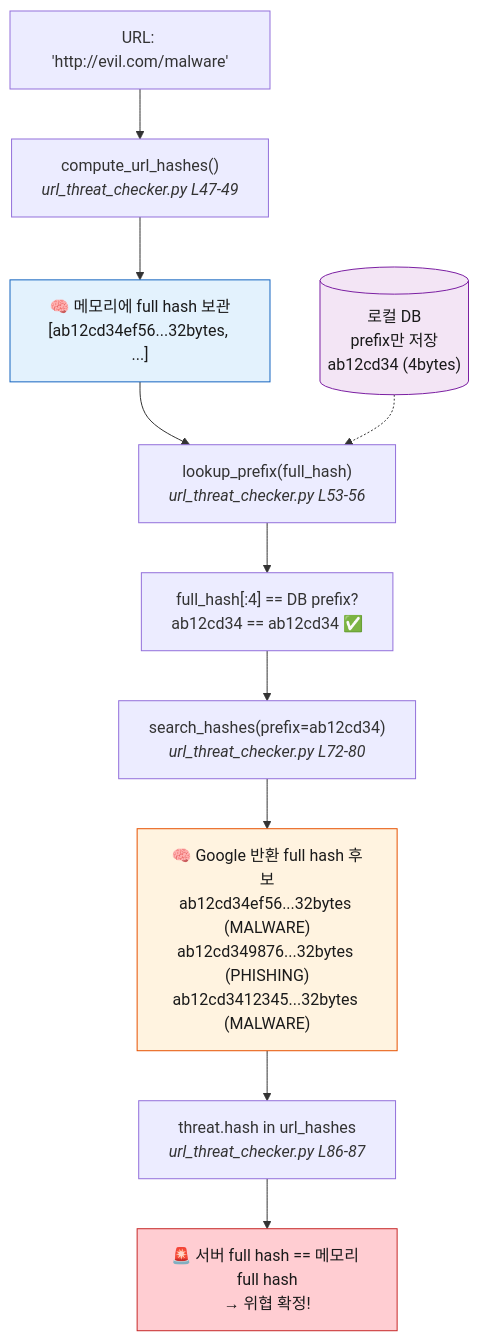
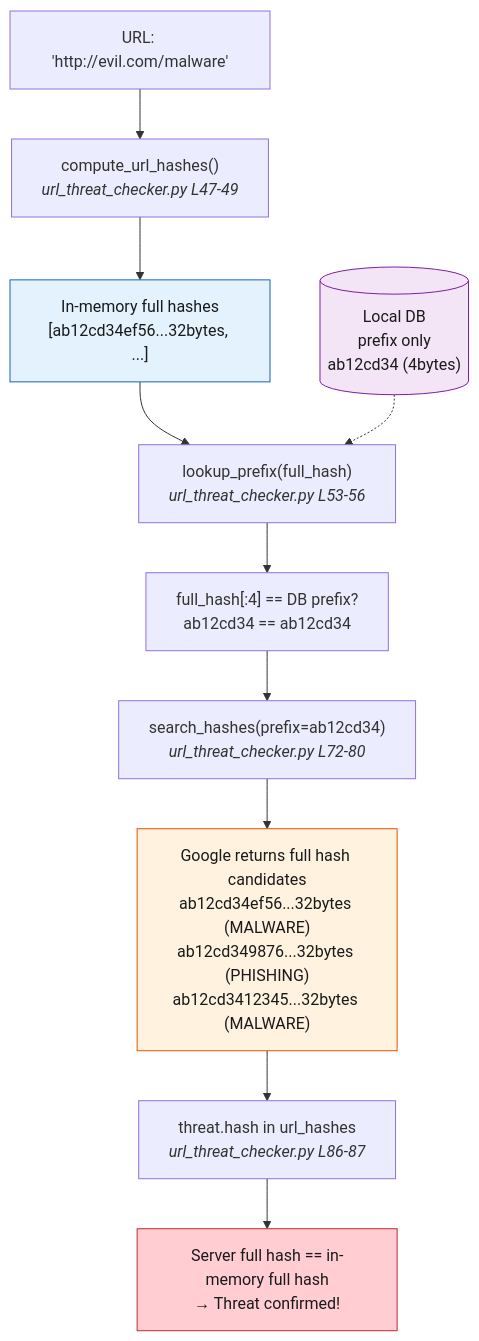
One commit to kataroya/web-risk-cli changed the fourth of 9 diagrams in WORKFLOW_GUIDE.md. Above: the diagram before and after it, drawn with Mermaid. The commit also changed other lines of this file and 6 other files, not shown here.

````diff
--- a/WORKFLOW_GUIDE.md
+++ b/WORKFLOW_GUIDE.md
@@ -394,19 +364,19 @@
 ```mermaid
 flowchart TD
     URL["URL: 'http://evil.com/malware'"] --> CALC["compute_url_hashes()<br/><i>url_threat_checker.py L47-49</i>"]
-    CALC --> MEM_FULL["🧠 메모리에 full hash 보관<br/>[ab12cd34ef56...32bytes, ...]"]
+    CALC --> MEM_FULL["In-memory full hashes<br/>[ab12cd34ef56...32bytes, ...]"]
     MEM_FULL --> LOCAL["lookup_prefix(full_hash)<br/><i>url_threat_checker.py L53-56</i>"]
-    LOCAL --> CMP1["full_hash[:4] == DB prefix?<br/>ab12cd34 == ab12cd34 ✅"]
+    LOCAL --> CMP1["full_hash[:4] == DB prefix?<br/>ab12cd34 == ab12cd34"]
     CMP1 --> API["search_hashes(prefix=ab12cd34)<br/><i>url_threat_checker.py L72-80</i>"]
-    API --> SERVER["🧠 Google 반환 full hash 후보<br/>ab12cd34ef56...32bytes (MALWARE)<br/>ab12cd349876...32bytes (PHISHING)<br/>ab12cd3412345...32bytes (MALWARE)"]
+    API --> SERVER["Google returns full hash candidates<br/>ab12cd34ef56...32bytes (MALWARE)<br/>ab12cd349876...32bytes (PHISHING)<br/>ab12cd3412345...32bytes (MALWARE)"]
     SERVER --> CMP2["threat.hash in url_hashes<br/><i>url_threat_checker.py L86-87</i>"]
-    CMP2 --> RESULT["🚨 서버 full hash == 메모리 full hash<br/>→ 위협 확정!"]
+    CMP2 --> RESULT["Server full hash == in-memory full hash<br/>→ Threat confirmed!"]
 
-    DB[("로컬 DB<br/>prefix만 저장<br/>ab12cd34 (4bytes)")]
+    DB[("Local DB<br/>prefix only<br/>ab12cd34 (4bytes)")]
     DB -.-> LOCAL
 
     style MEM_FULL fill:#e3f2fd,stroke:#1565c0,color:#1a1a1a
     style SERVER fill:#fff3e0,stroke:#e65100,color:#1a1a1a
     style RESULT fill:#ffcdd2,stroke:#c62828,color:#1a1a1a
     style DB fill:#f3e5f5,stroke:#7b1fa2,color:#1a1a1a
 ```
````
